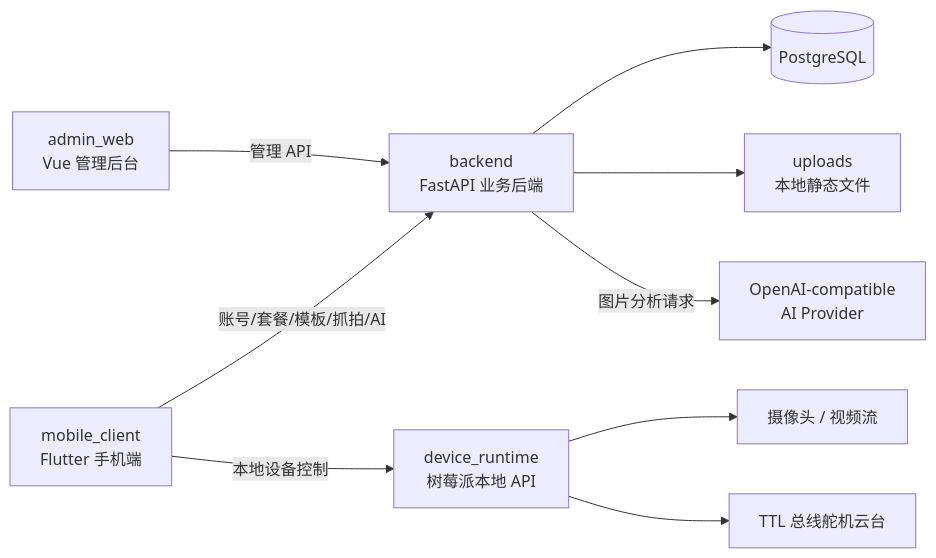
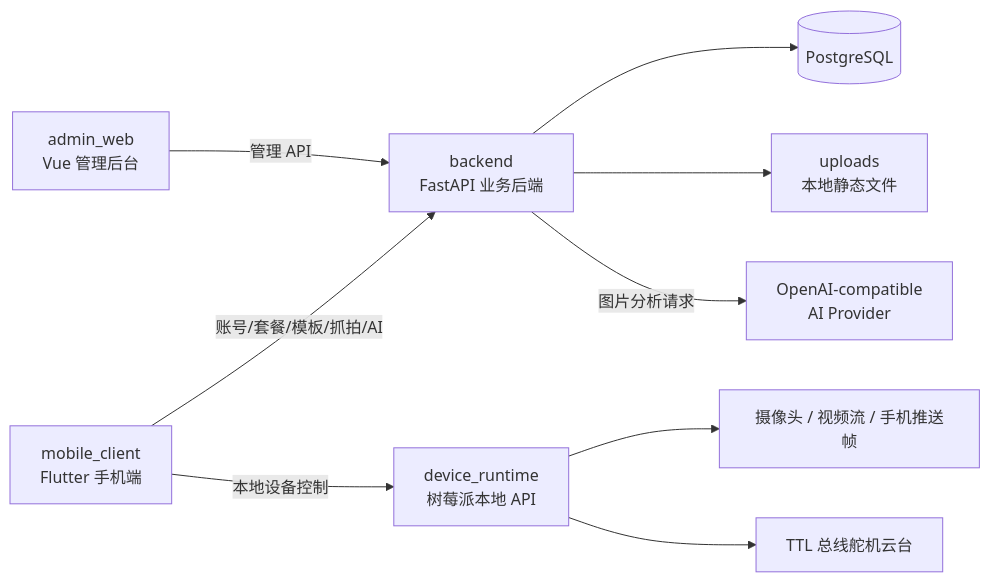
One commit to LiPeiCong60/Camera-Assistant-System changed the first of 7 diagrams in docs/项目总览与架构说明.md. Above: the diagram before and after it, drawn with Mermaid. The commit also changed other lines of this file and 11 other files, not shown here.

````diff
--- a/docs/项目总览与架构说明.md
+++ b/docs/项目总览与架构说明.md
@@ -24,21 +24,21 @@
 ```mermaid
 flowchart LR
     Mobile["mobile_client<br/>Flutter 手机端"]
     Admin["admin_web<br/>Vue 管理后台"]
     Backend["backend<br/>FastAPI 业务后端"]
     DB[("PostgreSQL")]
     Uploads["uploads<br/>本地静态文件"]
     Device["device_runtime<br/>树莓派本地 API"]
-    Camera["摄像头 / 视频流"]
+    Camera["摄像头 / 视频流 / 手机推送帧"]
     Gimbal["TTL 总线舵机云台"]
     AI["OpenAI-compatible<br/>AI Provider"]
 
     Mobile -->|"账号/套餐/模板/抓拍/AI"| Backend
     Admin -->|"管理 API"| Backend
     Backend --> DB
     Backend --> Uploads
     Backend -->|"图片分析请求"| AI
     Mobile -->|"本地设备控制"| Device
     Device --> Camera
     Device --> Gimbal
 ```
````
